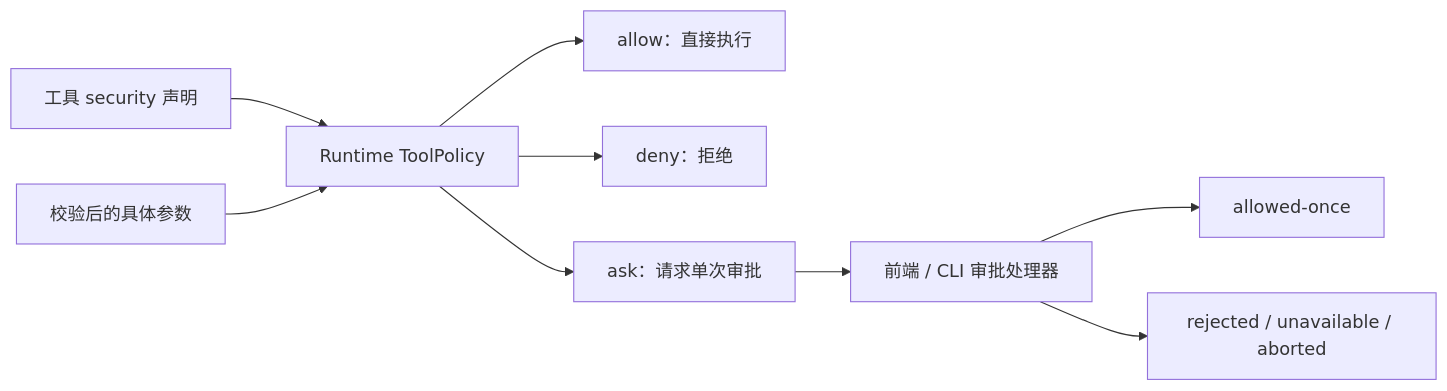
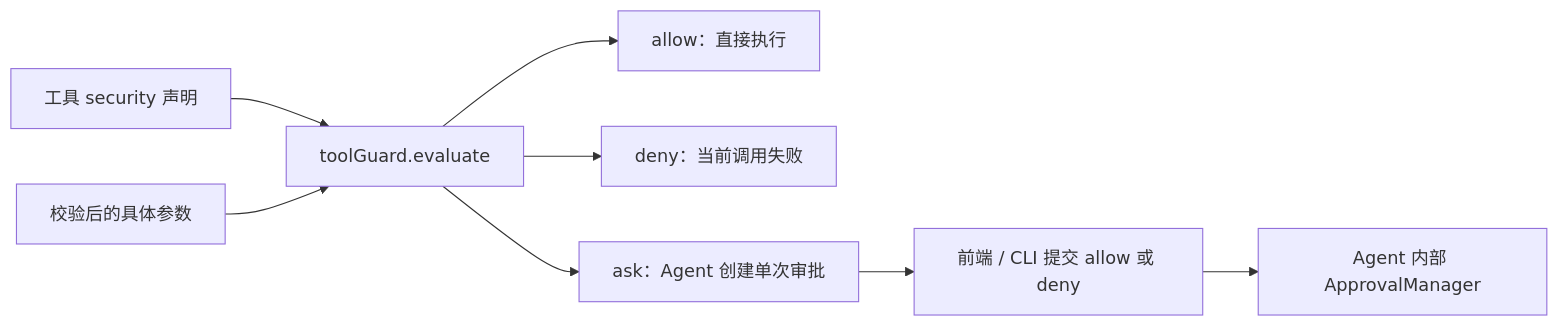
Before and after one commit to AlbertE1990/crafteHarness: the eighth of 10 diagrams in docs/learning/tool-harness.md, drawn with Mermaid. The commit also changed other lines of this file and 36 other files, not shown here.

````diff
--- a/docs/learning/tool-harness.md
+++ b/docs/learning/tool-harness.md
@@ -436,11 +436,10 @@
 ```mermaid
 flowchart LR
-  Metadata[工具 security 声明] --> Policy[Runtime ToolPolicy]
-  Input[校验后的具体参数] --> Policy
-  Policy --> Allow[allow：直接执行]
-  Policy --> Deny[deny：拒绝]
-  Policy --> Ask[ask：请求单次审批]
-  Ask --> Handler[前端 / CLI 审批处理器]
-  Handler --> Once[allowed-once]
-  Handler --> Stop[rejected / unavailable / aborted]
+  Metadata[工具 security 声明] --> Guard[toolGuard.evaluate]
+  Input[校验后的具体参数] --> Guard
+  Guard --> Allow[allow：直接执行]
+  Guard --> Deny[deny：当前调用失败]
+  Guard --> Ask[ask：Agent 创建单次审批]
+  Ask --> UI[前端 / CLI 提交 allow 或 deny]
+  UI --> Manager[Agent 内部 ApprovalManager]
 ```
````
